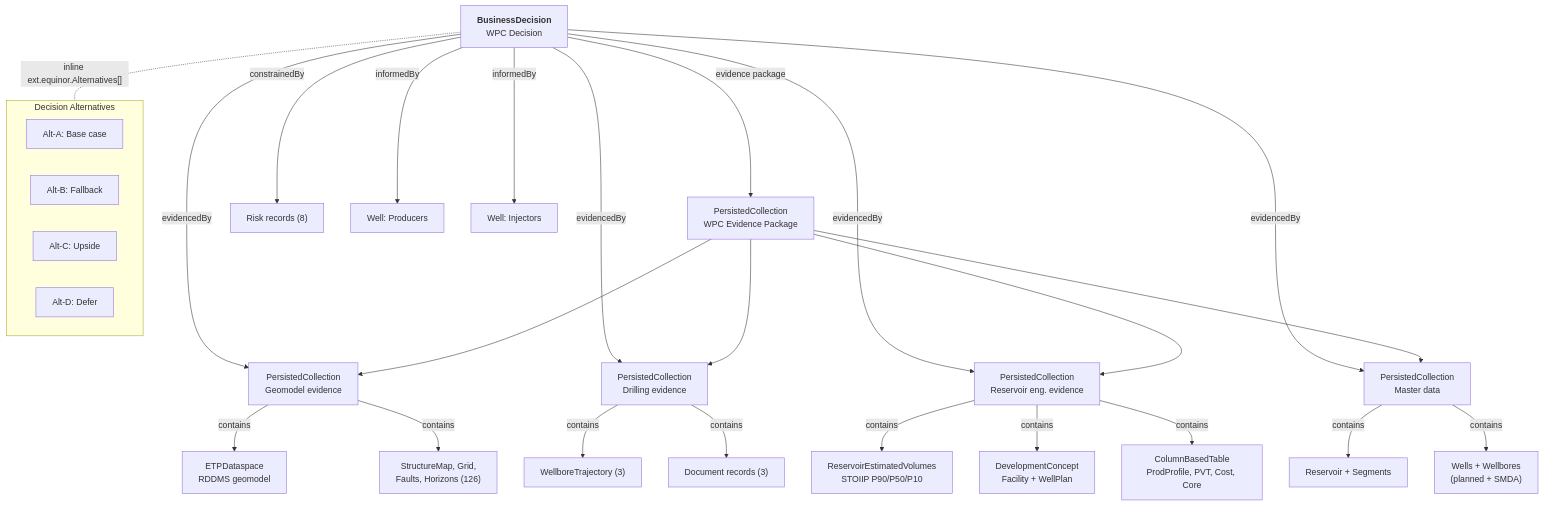
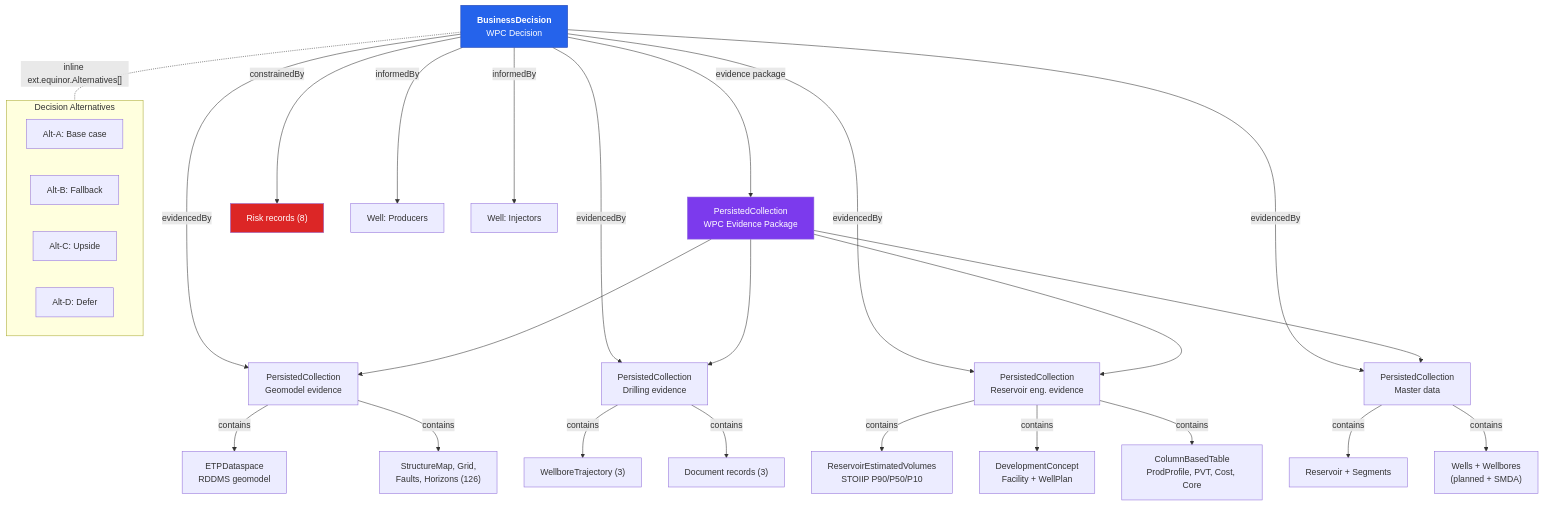
The second of 18 diagrams in md/OsduWellWpcOntology.md (equinor/ores), drawn with Mermaid before and after one commit. The commit also changed other lines of this file and 10 other files, not shown here.

````diff
--- a/md/OsduWellWpcOntology.md
+++ b/md/OsduWellWpcOntology.md
@@ -17,41 +44,45 @@
 ```mermaid
 graph TD
     BD["<b>BusinessDecision</b><br/>WPC Decision"]
 
-    BD -->|evidence package| EPKG["PersistedCollection<br/>WPC Evidence Package"]
+    BD -->|"evidence package"| EPKG["PersistedCollection<br/>WPC Evidence Package"]
     BD -->|evidencedBy| GEOMODEL["PersistedCollection<br/>Geomodel evidence"]
     BD -->|evidencedBy| DRILL["PersistedCollection<br/>Drilling evidence"]
     BD -->|evidencedBy| RESENG["PersistedCollection<br/>Reservoir eng. evidence"]
     BD -->|evidencedBy| MDATA["PersistedCollection<br/>Master data"]
 
     EPKG --> GEOMODEL
     EPKG --> DRILL
     EPKG --> RESENG
     EPKG --> MDATA
 
     GEOMODEL -->|contains| DS["ETPDataspace<br/>RDDMS geomodel"]
     GEOMODEL -->|contains| SM["StructureMap, Grid,<br/>Faults, Horizons (126)"]
 
     DRILL -->|contains| TRAJ["WellboreTrajectory (3)"]
     DRILL -->|contains| DOCS["Document records (3)"]
 
     RESENG -->|contains| VOL["ReservoirEstimatedVolumes<br/>STOIIP P90/P50/P10"]
     RESENG -->|contains| DC["DevelopmentConcept<br/>Facility + WellPlan"]
     RESENG -->|contains| CBT["ColumnBasedTable<br/>ProdProfile, PVT, Cost, Core"]
 
     MDATA -->|contains| RES["Reservoir + Segments"]
     MDATA -->|contains| WELLS["Wells + Wellbores<br/>(planned + SMDA)"]
 
     BD -->|constrainedBy| R["Risk records (8)"]
     BD -->|informedBy| W_PROD["Well: Producers"]
     BD -->|informedBy| W_INJ["Well: Injectors"]
 
     BD -.-|"inline ext.equinor.Alternatives[]"| ALT
 
     subgraph ALT["Decision Alternatives"]
         A1["Alt-A: Base case"]
         A2["Alt-B: Fallback"]
         A3["Alt-C: Upside"]
         A4["Alt-D: Defer"]
     end
+
+    style BD fill:#2563eb,color:#fff,stroke:#1e40af
+    style EPKG fill:#7c3aed,color:#fff
+    style R fill:#dc2626,color:#fff
 ```
````
